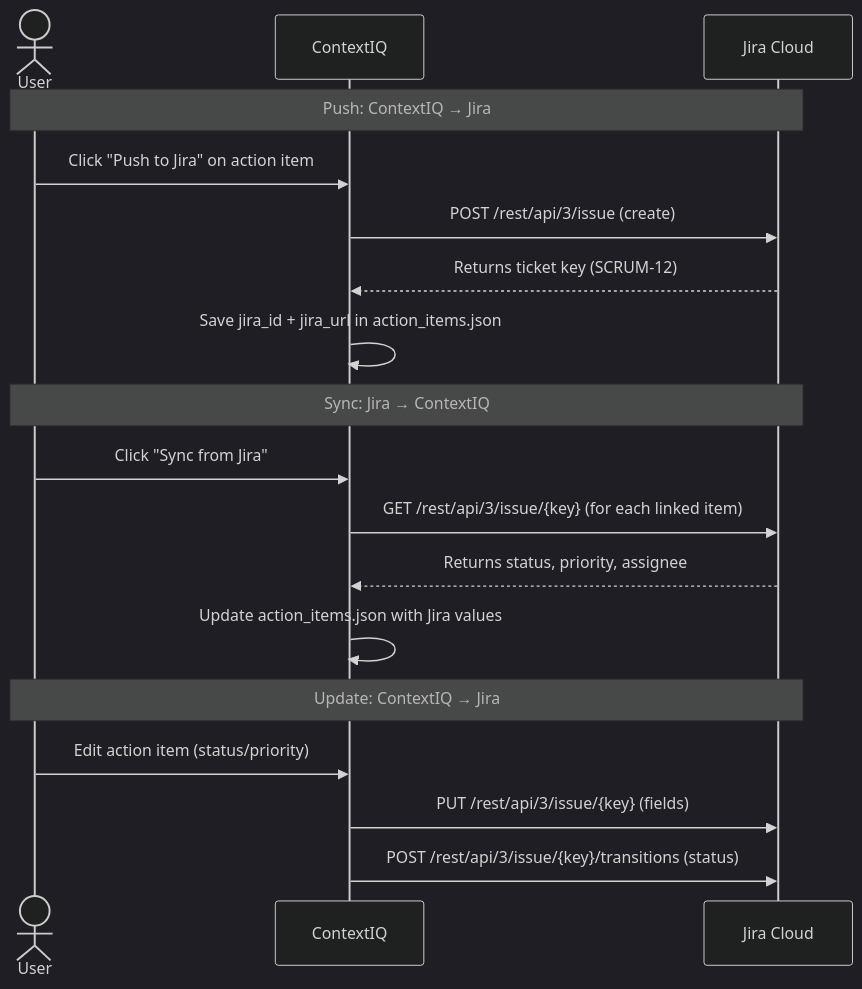
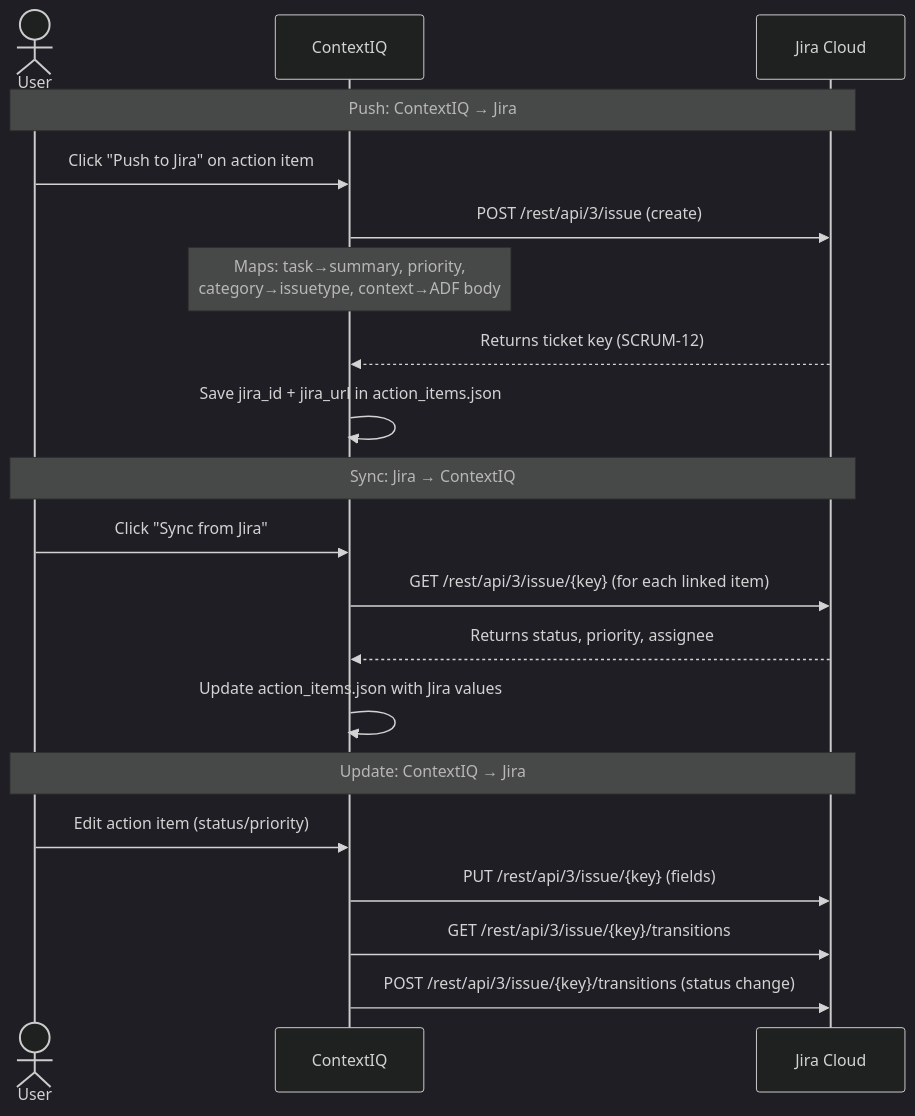
One commit to pawanuikey06/ContextIQ changed the seventh of 14 diagrams in docs/architecture.md. Above: the diagram before and after it, drawn with Mermaid (dark theme). The commit also changed other lines of this file, not shown here.

Commit message:
architectures updated

````diff
--- a/docs/architecture.md
+++ b/docs/architecture.md
@@ -218,23 +299,25 @@
 ```mermaid
 sequenceDiagram
     actor User
     participant CIQ as ContextIQ
     participant Jira as Jira Cloud
 
     Note over User,Jira: Push: ContextIQ → Jira
     User->>CIQ: Click "Push to Jira" on action item
     CIQ->>Jira: POST /rest/api/3/issue (create)
+    Note over CIQ: Maps: task→summary, priority,<br/>category→issuetype, context→ADF body
     Jira-->>CIQ: Returns ticket key (SCRUM-12)
     CIQ->>CIQ: Save jira_id + jira_url in action_items.json
 
     Note over User,Jira: Sync: Jira → ContextIQ
     User->>CIQ: Click "Sync from Jira"
     CIQ->>Jira: GET /rest/api/3/issue/{key} (for each linked item)
     Jira-->>CIQ: Returns status, priority, assignee
     CIQ->>CIQ: Update action_items.json with Jira values
 
     Note over User,Jira: Update: ContextIQ → Jira
     User->>CIQ: Edit action item (status/priority)
     CIQ->>Jira: PUT /rest/api/3/issue/{key} (fields)
-    CIQ->>Jira: POST /rest/api/3/issue/{key}/transitions (status)
+    CIQ->>Jira: GET /rest/api/3/issue/{key}/transitions
+    CIQ->>Jira: POST /rest/api/3/issue/{key}/transitions (status change)
 ```
````
